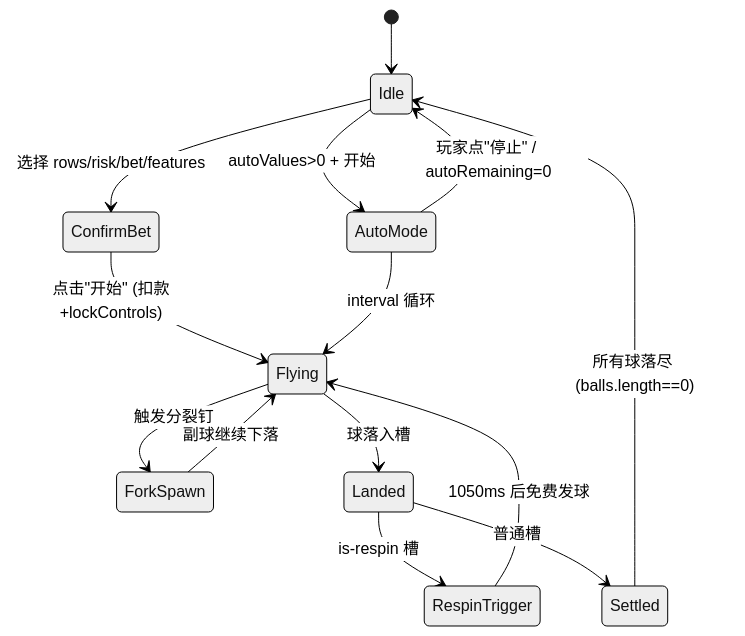
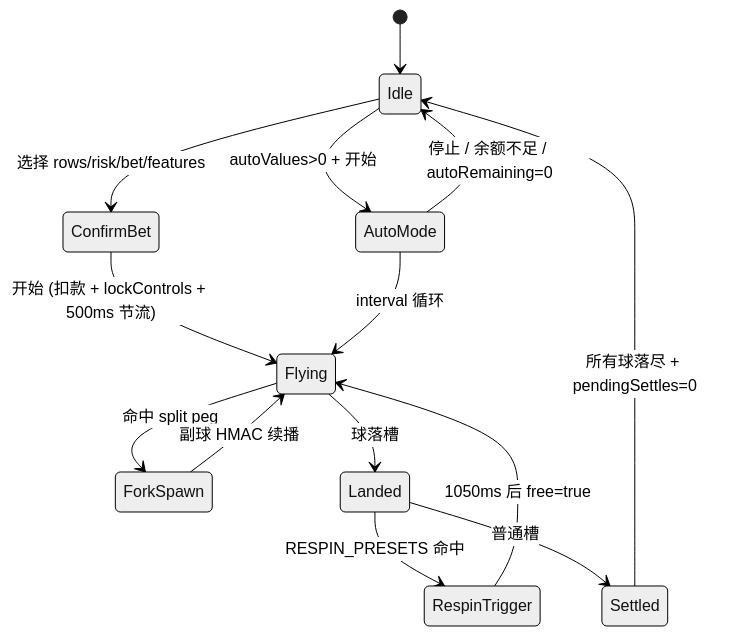
Before and after one commit to brown668/luckydrop: the second of 3 diagrams in PRD.md, drawn with Mermaid (neutral theme). The commit also changed other lines of this file, not shown here.

````diff
--- a/PRD.md
+++ b/PRD.md
@@ -481,16 +452,16 @@
 ```mermaid
 stateDiagram-v2
   [*] --> Idle
   Idle --> ConfirmBet : 选择 rows/risk/bet/features
-  ConfirmBet --> Flying : 点击"开始" (扣款+lockControls)
-  Flying --> ForkSpawn : 触发分裂钉
-  ForkSpawn --> Flying : 副球继续下落
-  Flying --> Landed : 球落入槽
-  Landed --> RespinTrigger : is-respin 槽
+  ConfirmBet --> Flying : 开始 (扣款 + lockControls + 500ms 节流)
+  Flying --> ForkSpawn : 命中 split peg
+  ForkSpawn --> Flying : 副球 HMAC 续播
+  Flying --> Landed : 球落槽
+  Landed --> RespinTrigger : RESPIN_PRESETS 命中
   Landed --> Settled : 普通槽
-  RespinTrigger --> Flying : 1050ms 后免费发球
-  Settled --> Idle : 所有球落尽 (balls.length==0)
+  RespinTrigger --> Flying : 1050ms 后 free=true
+  Settled --> Idle : 所有球落尽 + pendingSettles=0
   Idle --> AutoMode : autoValues>0 + 开始
   AutoMode --> Flying : interval 循环
-  AutoMode --> Idle : 玩家点"停止" / autoRemaining=0
+  AutoMode --> Idle : 停止 / 余额不足 / autoRemaining=0
 ```
````
